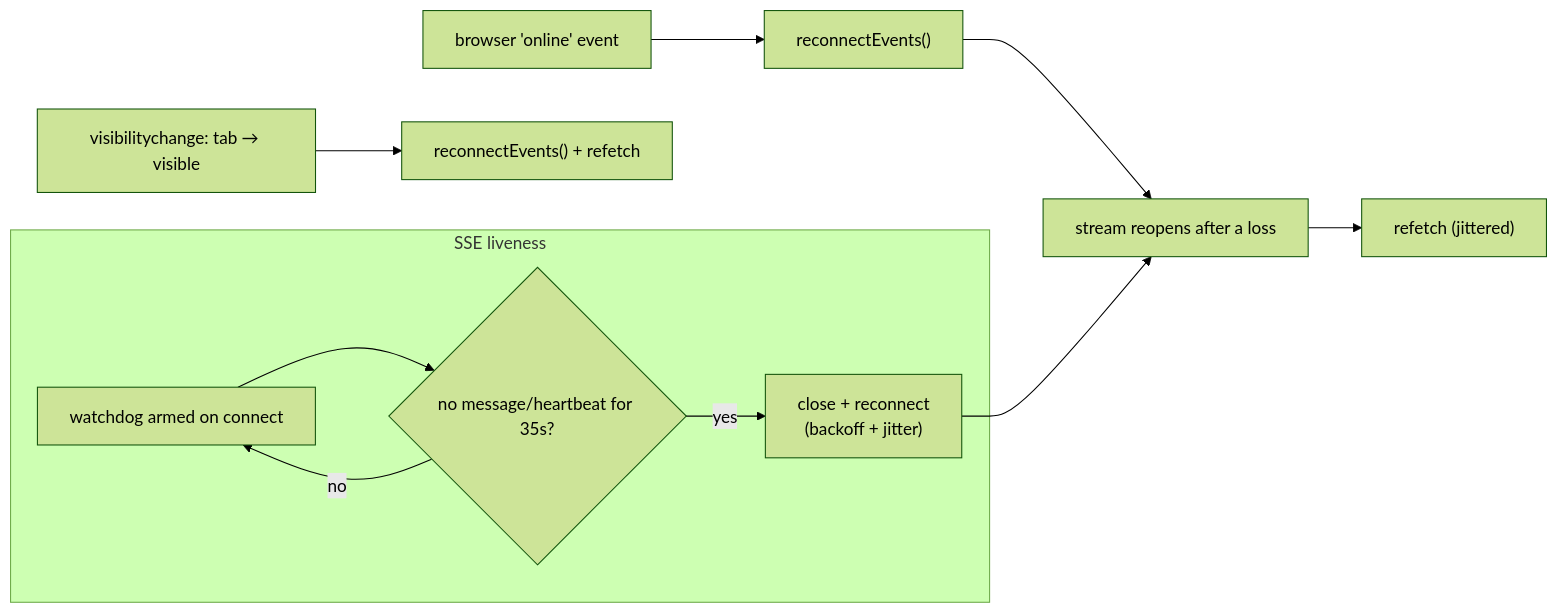
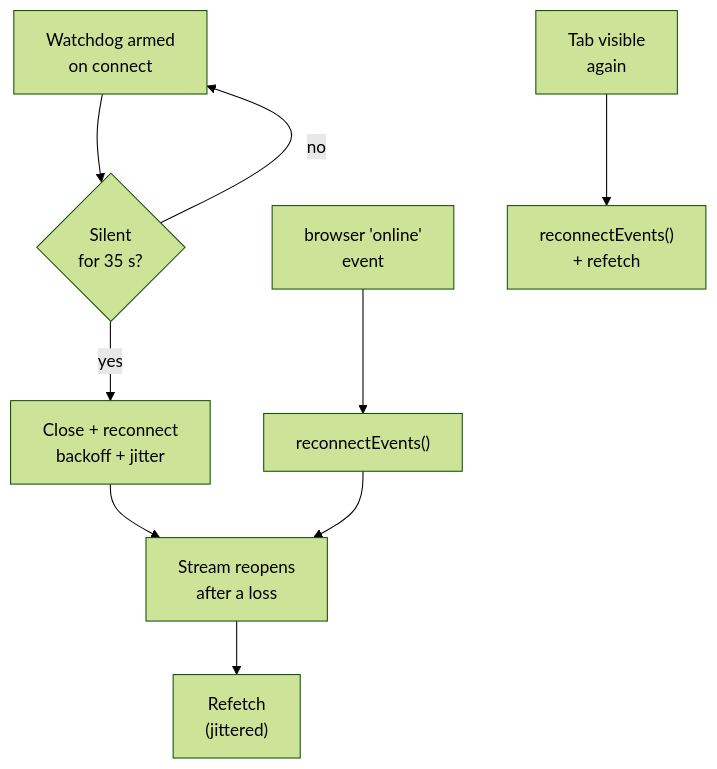
Before and after one commit to gitrgoliveira/bracket-creator: the eighth of 9 diagrams in docs/architecture/network-architecture.md, drawn with Mermaid (forest theme). The commit also changed other lines of this file and 49 other files, not shown here.

First line of the commit message:
fix(bc-arch): one transaction for participant edits; WAL stale-log guard; architecture docs

````diff
--- a/docs/architecture/network-architecture.md
+++ b/docs/architecture/network-architecture.md
@@ -244,13 +349,11 @@
 ```mermaid
-flowchart LR
-    subgraph watchdog["SSE liveness"]
-        arm["watchdog armed on connect"] --> silent{"no message/heartbeat for 35s?"}
-        silent -->|yes| reconnect["close + reconnect<br/>(backoff + jitter)"]
-        silent -->|no| arm
-    end
-    vis["visibilitychange: tab → visible"] --> rc["reconnectEvents() + refetch"]
-    back["browser 'online' event"] --> rco["reconnectEvents()"]
-    rco --> reopen["stream reopens after a loss"]
-    reconnect --> reopen
-    reopen --> rf["refetch (jittered)"]
+flowchart TB
+    arm["Watchdog armed<br/>on connect"] --> silent{"Silent<br/>for 35 s?"}
+    silent -->|no| arm
+    silent -->|yes| reconnect["Close + reconnect<br/>backoff + jitter"]
+    back["browser 'online'<br/>event"] --> rco["reconnectEvents()"]
+    vis["Tab visible<br/>again"] --> rc["reconnectEvents()<br/>+ refetch"]
+    reconnect --> reopen["Stream reopens<br/>after a loss"]
+    rco --> reopen
+    reopen --> rf["Refetch<br/>(jittered)"]
 ```
````
